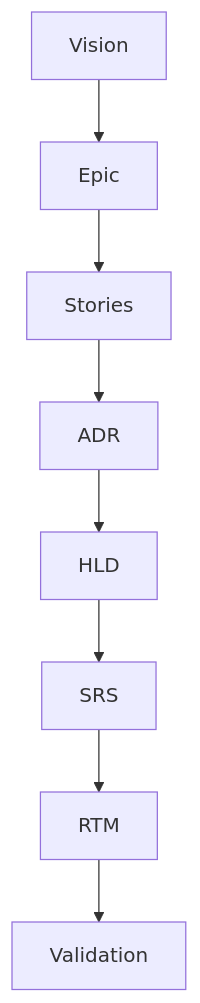
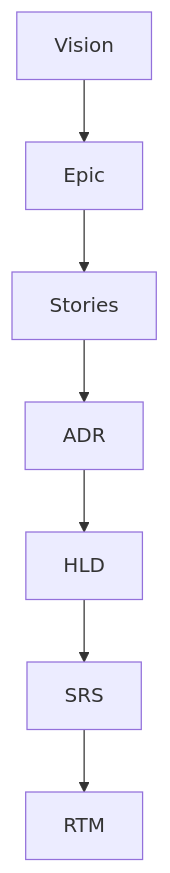
The fifth of 6 diagrams in README.md (STARONE-INFOTECH/starone-galaxy-architecture), drawn with Mermaid before and after one commit. The commit also changed other lines of this file and 30 other files, not shown here.

Commit message:
feat(repo): bootstrap StarOne Galaxy architecture repository structure(Closes #5)

````diff
--- a/README.md
+++ b/README.md
@@ -451,11 +324,10 @@
 ```mermaid
 flowchart TD
 
 Vision --> Epic
 Epic --> Stories
 Stories --> ADR
 ADR --> HLD
 HLD --> SRS
 SRS --> RTM
-RTM --> Validation
 ```
````
